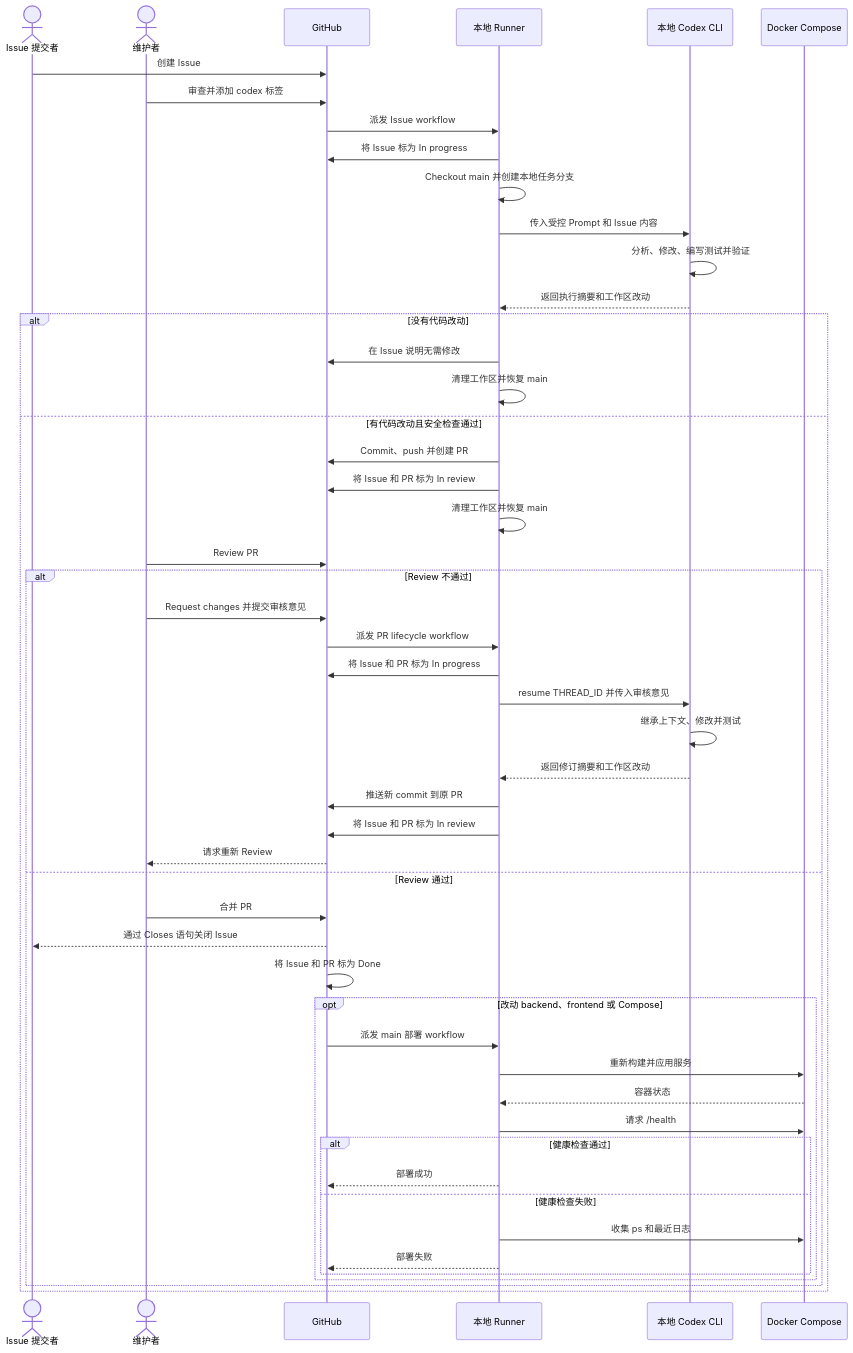
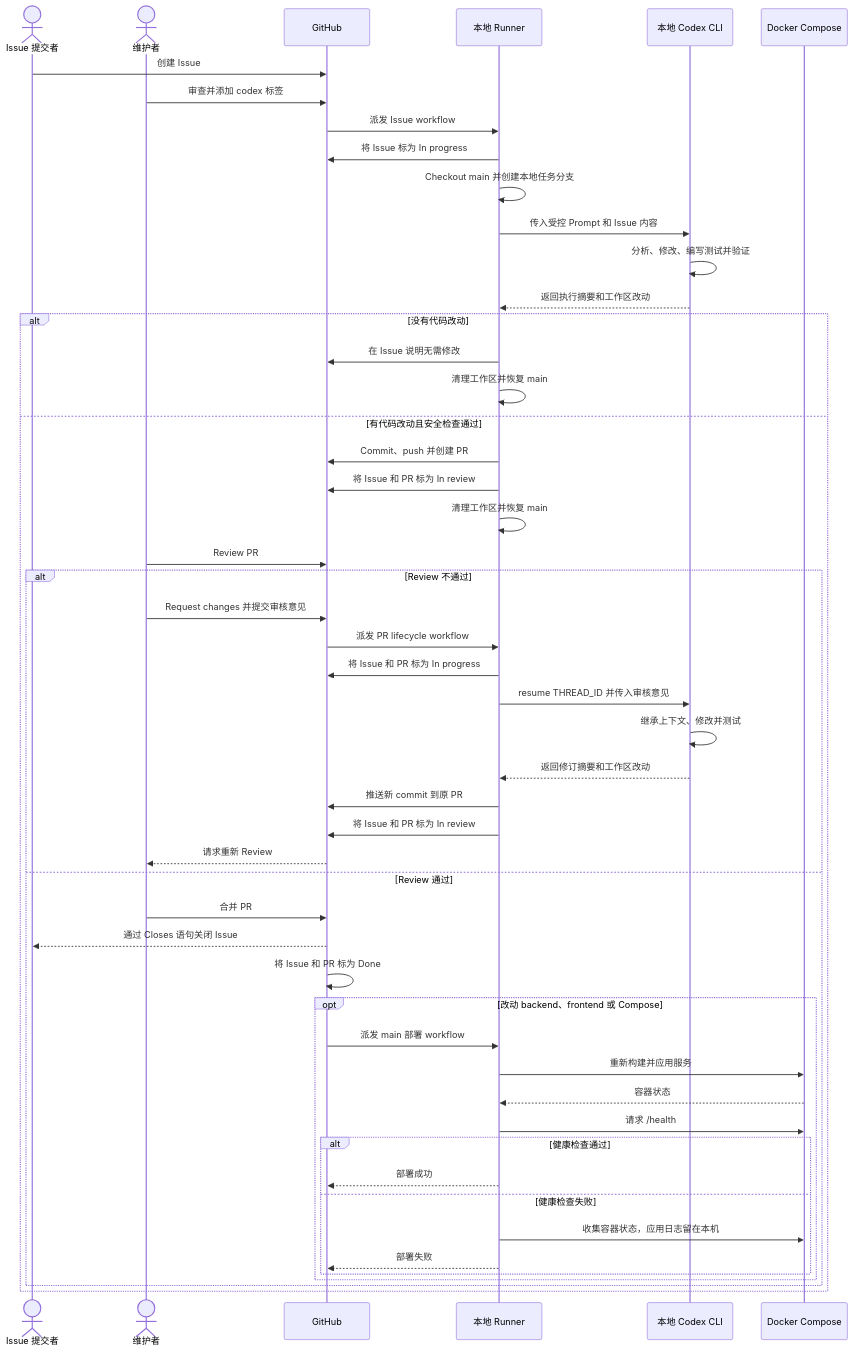
Before and after one commit to riku-studio/EREX: the second of 2 diagrams in docs/ops/github-issue-codex.md, drawn with Mermaid. The commit also changed other lines of this file and 6 other files, not shown here.

````diff
--- a/docs/ops/github-issue-codex.md
+++ b/docs/ops/github-issue-codex.md
@@ -111,55 +111,55 @@
 ```mermaid
 sequenceDiagram
     actor User as Issue 提交者
     actor Maintainer as 维护者
     participant GitHub
     participant Runner as 本地 Runner
     participant Codex as 本地 Codex CLI
     participant Docker as Docker Compose
 
     User->>GitHub: 创建 Issue
     Maintainer->>GitHub: 审查并添加 codex 标签
     GitHub->>Runner: 派发 Issue workflow
     Runner->>GitHub: 将 Issue 标为 In progress
     Runner->>Runner: Checkout main 并创建本地任务分支
     Runner->>Codex: 传入受控 Prompt 和 Issue 内容
     Codex->>Codex: 分析、修改、编写测试并验证
     Codex-->>Runner: 返回执行摘要和工作区改动
 
     alt 没有代码改动
         Runner->>GitHub: 在 Issue 说明无需修改
         Runner->>Runner: 清理工作区并恢复 main
     else 有代码改动且安全检查通过
         Runner->>GitHub: Commit、push 并创建 PR
         Runner->>GitHub: 将 Issue 和 PR 标为 In review
         Runner->>Runner: 清理工作区并恢复 main
         Maintainer->>GitHub: Review PR
         alt Review 不通过
             Maintainer->>GitHub: Request changes 并提交审核意见
             GitHub->>Runner: 派发 PR lifecycle workflow
             Runner->>GitHub: 将 Issue 和 PR 标为 In progress
             Runner->>Codex: resume THREAD_ID 并传入审核意见
             Codex->>Codex: 继承上下文、修改并测试
             Codex-->>Runner: 返回修订摘要和工作区改动
             Runner->>GitHub: 推送新 commit 到原 PR
             Runner->>GitHub: 将 Issue 和 PR 标为 In review
             GitHub-->>Maintainer: 请求重新 Review
         else Review 通过
             Maintainer->>GitHub: 合并 PR
             GitHub-->>User: 通过 Closes 语句关闭 Issue
             GitHub->>GitHub: 将 Issue 和 PR 标为 Done
             opt 改动 backend、frontend 或 Compose
                 GitHub->>Runner: 派发 main 部署 workflow
                 Runner->>Docker: 重新构建并应用服务
                 Docker-->>Runner: 容器状态
                 Runner->>Docker: 请求 /health
                 alt 健康检查通过
                     Runner-->>GitHub: 部署成功
                 else 健康检查失败
-                    Runner->>Docker: 收集 ps 和最近日志
+                    Runner->>Docker: 收集容器状态，应用日志留在本机
                     Runner-->>GitHub: 部署失败
                 end
             end
         end
     end
 ```
````
